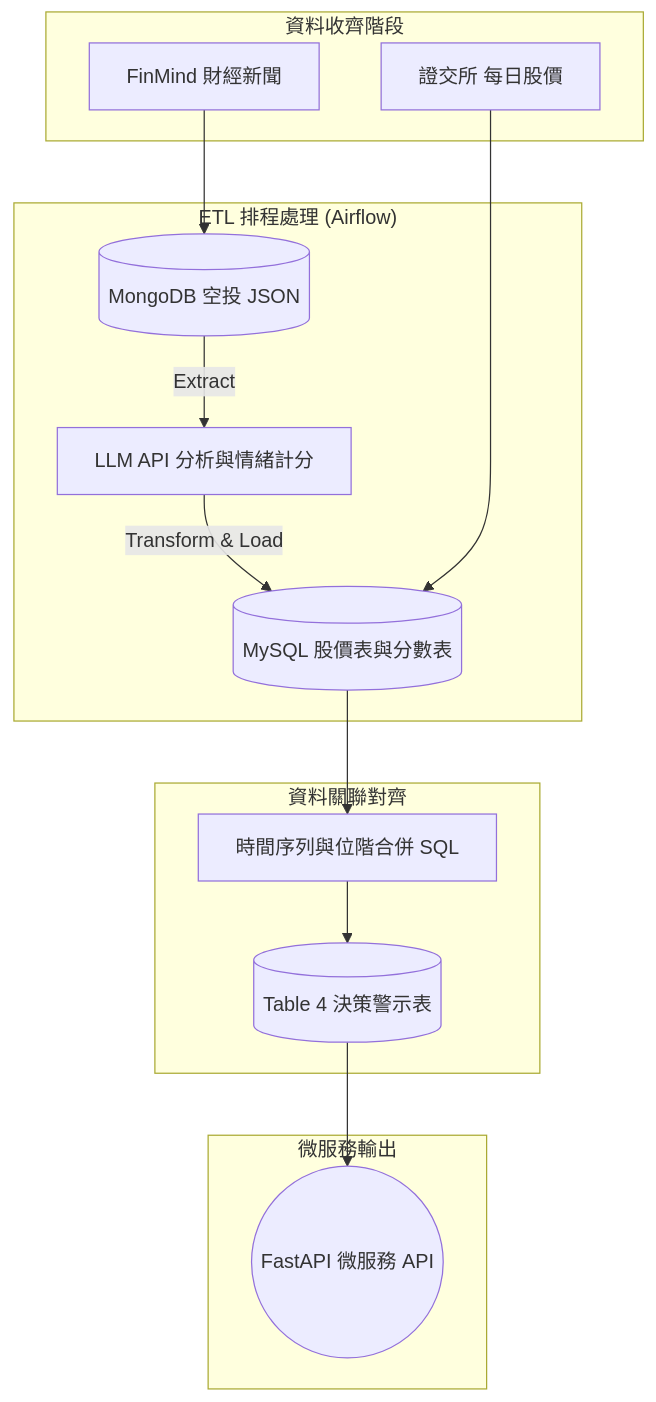
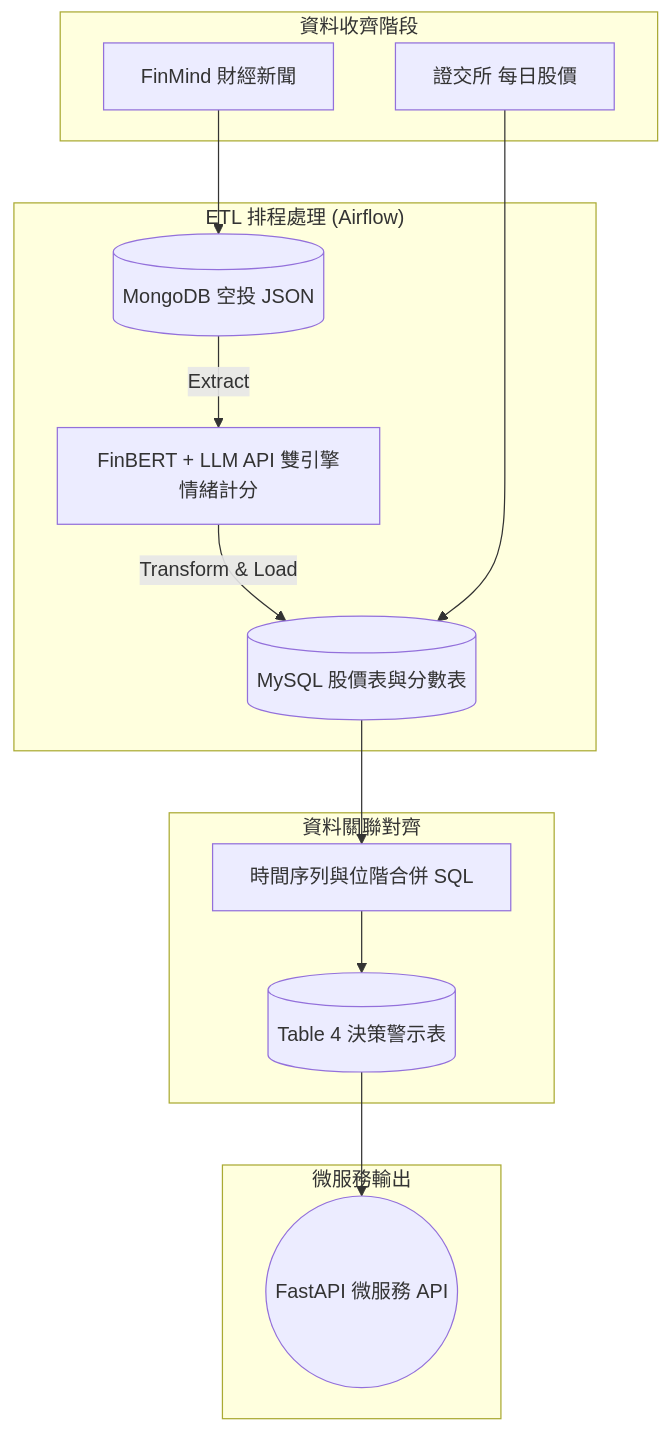
One commit to FinMood/Stock-Market-Sentiment-Analysis-System changed the diagram in Project_Proposal.md. Above: the diagram before and after it, drawn with Mermaid. The commit also changed other lines of this file and 1 other file, not shown here.

````diff
--- a/Project_Proposal.md
+++ b/Project_Proposal.md
@@ -42,30 +86,30 @@
 ```mermaid
 graph TD
     subgraph Source["資料收齊階段"]
         A[FinMind 財經新聞]
         B[證交所 每日股價]
     end
 
     subgraph ETL_Process["ETL 排程處理 (Airflow)"]
         C[(MongoDB 空投 JSON)]
-        D[LLM API 分析與情緒計分]
+        D["FinBERT + LLM API 雙引擎情緒計分"]
         E[(MySQL 股價表與分數表)]
     end
 
     subgraph Integration["資料關聯對齊"]
         F[時間序列與位階合併 SQL]
         G[(Table 4 決策警示表)]
     end
 
     subgraph Serve["微服務輸出"]
         H((FastAPI 微服務 API))
     end
 
     A --> C
     C -->|Extract| D
     D -->|Transform & Load| E
     B --> E
     E --> F
     F --> G
     G --> H
 ```
````
